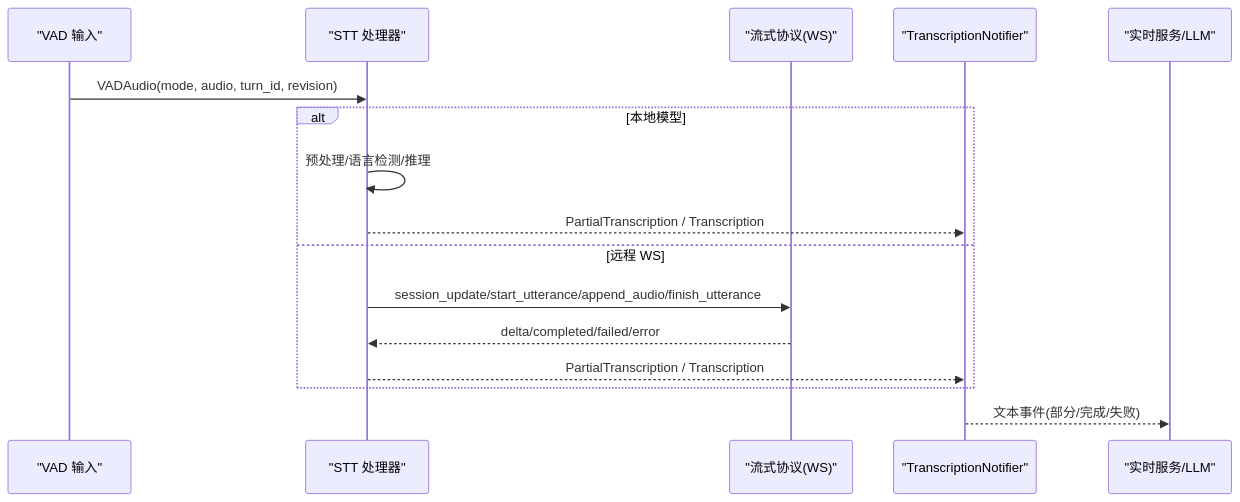
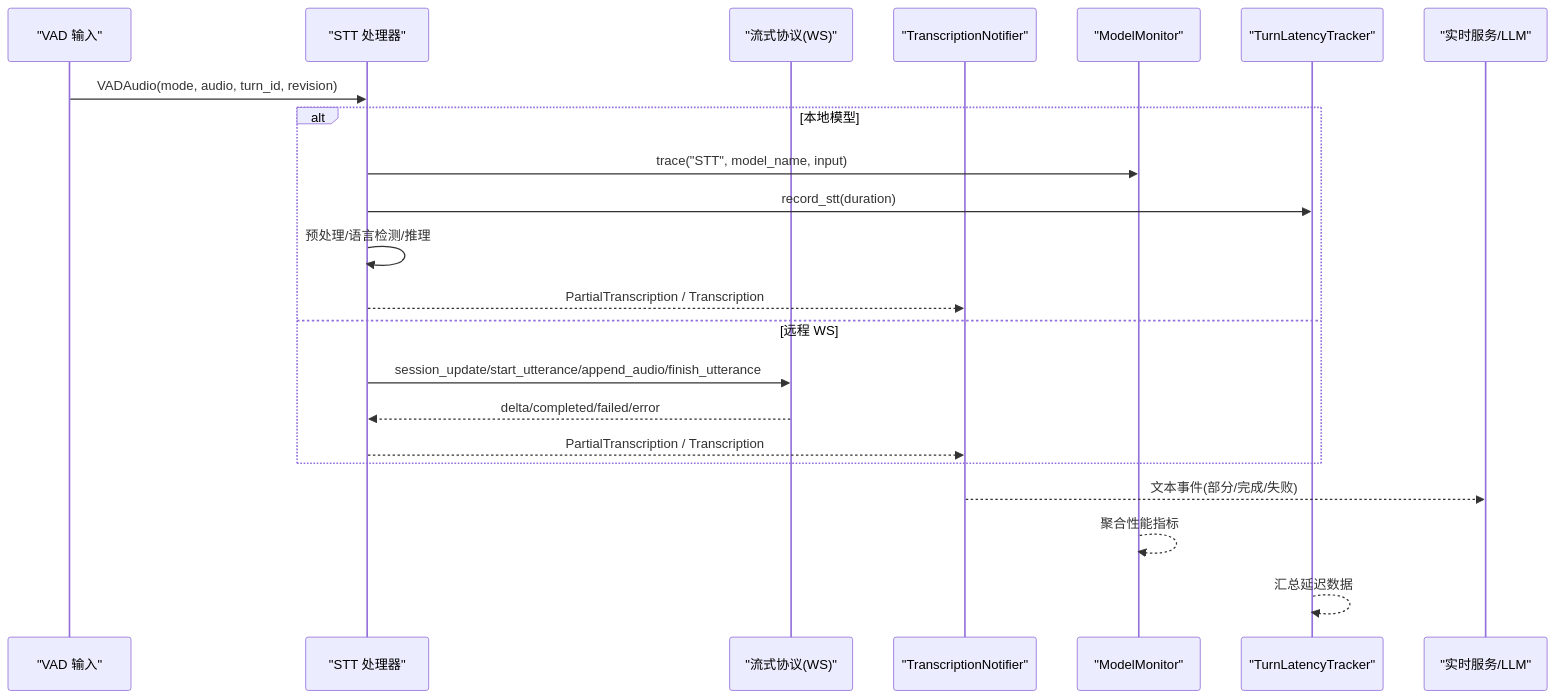
Before and after one commit to joezxh/speech-to-speech: the second of 7 diagrams in .qoder/repowiki/zh/content/语音转文字 (STT)/语音转文字 (STT).md, drawn with Mermaid. The commit also changed other lines of this file and 1743 other files, not shown here.

````diff
--- a/.qoder/repowiki/zh/content/语音转文字 (STT)/语音转文字 (STT).md
+++ b/.qoder/repowiki/zh/content/语音转文字 (STT)/语音转文字 (STT).md
@@ -116,18 +134,24 @@
 ```mermaid
 sequenceDiagram
 participant VAD as "VAD 输入"
 participant STT as "STT 处理器"
 participant Proto as "流式协议(WS)"
 participant Notif as "TranscriptionNotifier"
+participant Monitor as "ModelMonitor"
+participant Latency as "TurnLatencyTracker"
 participant Service as "实时服务/LLM"
 VAD->>STT : VADAudio(mode, audio, turn_id, revision)
 alt 本地模型
+STT->>Monitor : trace("STT", model_name, input)
+STT->>Latency : record_stt(duration)
 STT->>STT : 预处理/语言检测/推理
 STT-->>Notif : PartialTranscription / Transcription
 else 远程 WS
 STT->>Proto : session_update/start_utterance/append_audio/finish_utterance
 Proto-->>STT : delta/completed/failed/error
 STT-->>Notif : PartialTranscription / Transcription
 end
 Notif-->>Service : 文本事件(部分/完成/失败)
+Monitor-->>Monitor : 聚合性能指标
+Latency-->>Latency : 汇总延迟数据
 ```
````
